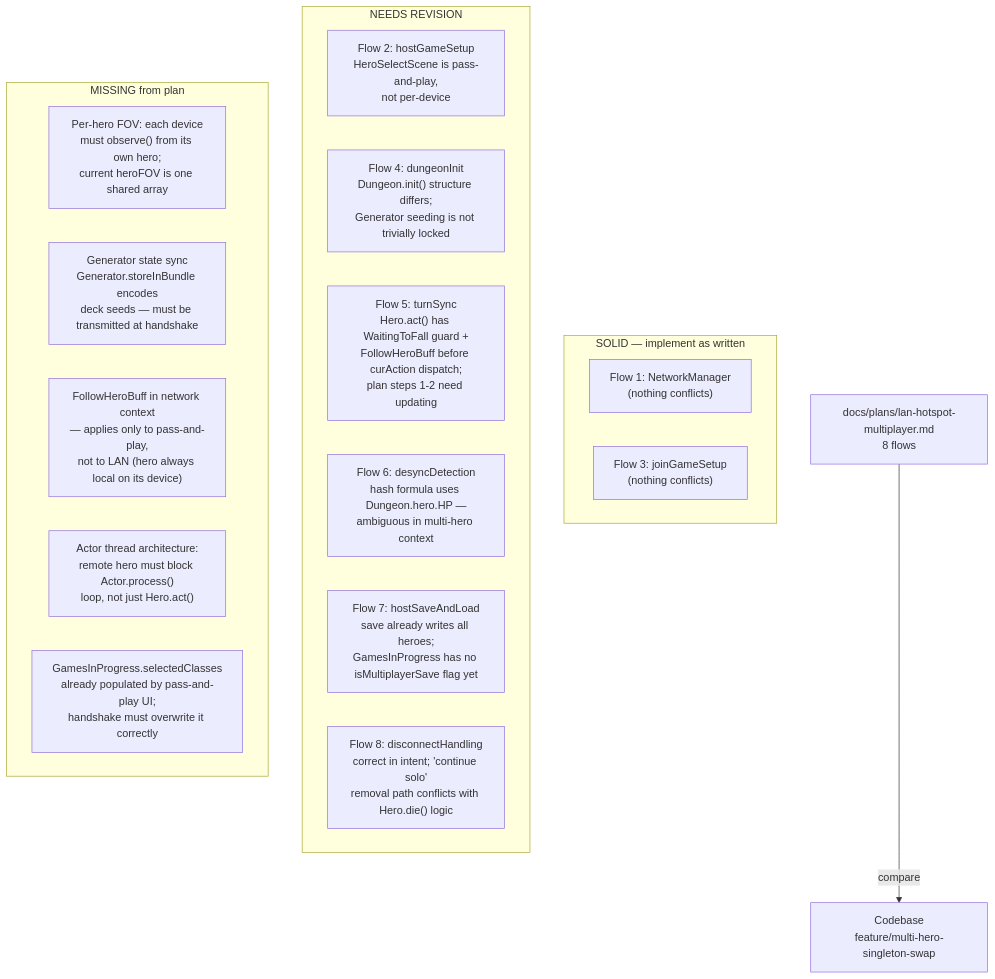
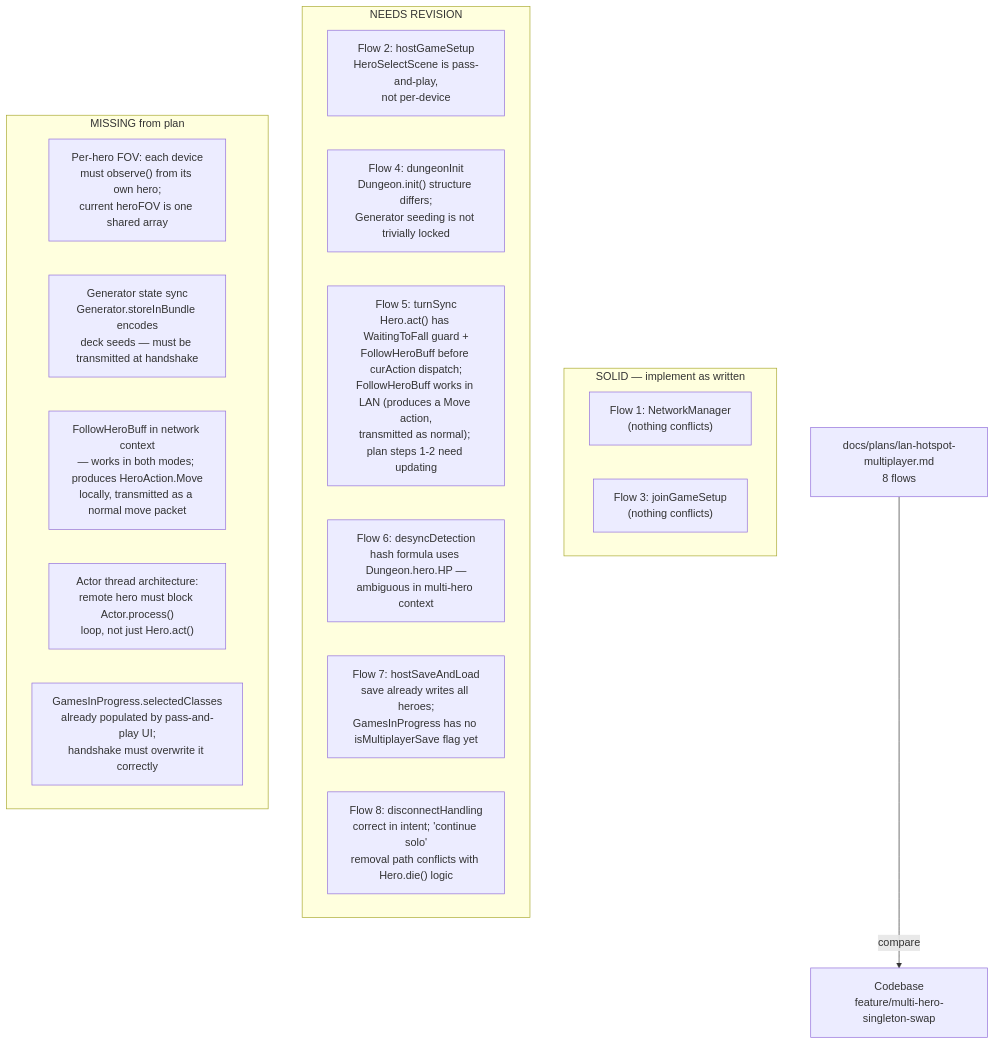
The diagram in docs/docs/lan-plan-audit.md (lewibs/shattered-pixel-dungeon-multiplayer), drawn with Mermaid before and after one commit. The commit also changed other lines of this file, not shown here.

First line of the commit message:
docs: update LAN audit — FollowHeroBuff works in both modes

````diff
--- a/docs/docs/lan-plan-audit.md
+++ b/docs/docs/lan-plan-audit.md
@@ -15,29 +15,29 @@
 ```mermaid
 flowchart TD
   Plan["docs/plans/lan-hotspot-multiplayer.md\n8 flows"]
   CB["Codebase\nfeature/multi-hero-singleton-swap"]
 
   Plan -->|"compare"| CB
 
   subgraph "SOLID — implement as written"
     F1["Flow 1: NetworkManager\n(nothing conflicts)"]
     F3["Flow 3: joinGameSetup\n(nothing conflicts)"]
   end
 
   subgraph "NEEDS REVISION"
     F2["Flow 2: hostGameSetup\nHeroSelectScene is pass-and-play,\nnot per-device"]
     F4["Flow 4: dungeonInit\nDungeon.init() structure differs;\nGenerator seeding is not trivially locked"]
-    F5["Flow 5: turnSync\nHero.act() has WaitingToFall guard +\nFollowHeroBuff before curAction dispatch;\nplan steps 1-2 need updating"]
+    F5["Flow 5: turnSync\nHero.act() has WaitingToFall guard +\nFollowHeroBuff before curAction dispatch;\nFollowHeroBuff works in LAN (produces a Move action,\ntransmitted as normal); plan steps 1-2 need updating"]
     F6["Flow 6: desyncDetection\nhash formula uses Dungeon.hero.HP —\nambiguous in multi-hero context"]
     F7["Flow 7: hostSaveAndLoad\nsave already writes all heroes;\nGamesInProgress has no isMultiplayerSave flag yet"]
     F8["Flow 8: disconnectHandling\ncorrect in intent; 'continue solo'\nremoval path conflicts with Hero.die() logic"]
   end
 
   subgraph "MISSING from plan"
     M1["Per-hero FOV: each device\nmust observe() from its own hero;\ncurrent heroFOV is one shared array"]
     M2["Generator state sync\nGenerator.storeInBundle encodes\ndeck seeds — must be transmitted at handshake"]
-    M3["FollowHeroBuff in network context\n— applies only to pass-and-play,\nnot to LAN (hero always local on its device)"]
+    M3["FollowHeroBuff in network context\n— works in both modes; produces HeroAction.Move\nlocally, transmitted as a normal move packet"]
     M4["Actor thread architecture:\nremote hero must block Actor.process()\nloop, not just Hero.act()"]
     M5["GamesInProgress.selectedClasses\nalready populated by pass-and-play UI;\nhandshake must overwrite it correctly"]
   end
 ```
````
